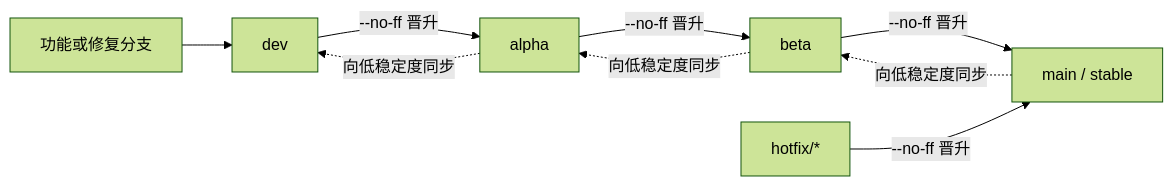
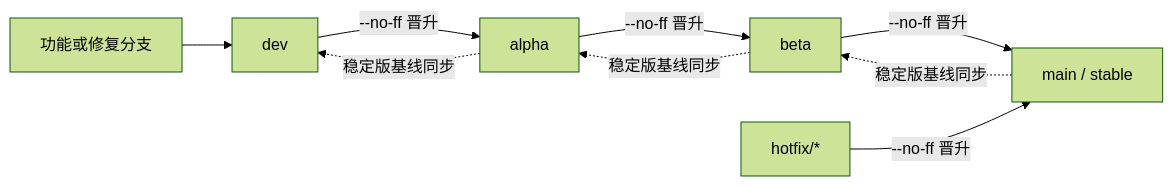
One commit to MinecraftSTL/XYML changed the diagram in docs/ReleaseSchedule_zh.md. Above: the diagram before and after it, drawn with Mermaid (forest theme). The commit also changed other lines of this file and 6 other files, not shown here.

````diff
--- a/docs/ReleaseSchedule_zh.md
+++ b/docs/ReleaseSchedule_zh.md
@@ -59,11 +59,11 @@
 ```mermaid
 flowchart LR
     F["功能或修复分支"] --> D["dev"]
     D -->|"--no-ff 晋升"| A["alpha"]
     A -->|"--no-ff 晋升"| B["beta"]
     B -->|"--no-ff 晋升"| S["main / stable"]
     H["hotfix/*"] -->|"--no-ff 晋升"| S
-    S -. "向低稳定度同步" .-> B
-    B -. "向低稳定度同步" .-> A
-    A -. "向低稳定度同步" .-> D
+    S -. "稳定版基线同步" .-> B
+    B -. "稳定版基线同步" .-> A
+    A -. "稳定版基线同步" .-> D
 ```
````
